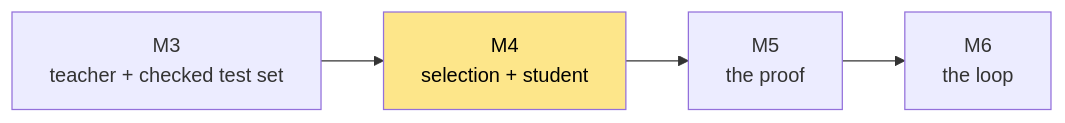
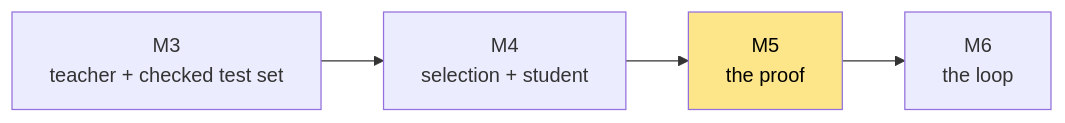
One commit to cupcakes04/Rin changed the diagram in dev/notes/milestones/README.md. Above: the diagram before and after it, drawn with Mermaid. The commit also changed other lines of this file and 16 other files, not shown here.

````diff
--- a/dev/notes/milestones/README.md
+++ b/dev/notes/milestones/README.md
@@ -9,5 +9,5 @@
 ```mermaid
 flowchart LR
     M3["M3<br/>teacher + checked test set"] --> M4["M4<br/>selection + student"] --> M5["M5<br/>the proof"] --> M6["M6<br/>the loop"]
-    style M4 fill:#fde68a,color:#000
+    style M5 fill:#fde68a,color:#000
 ```
````
